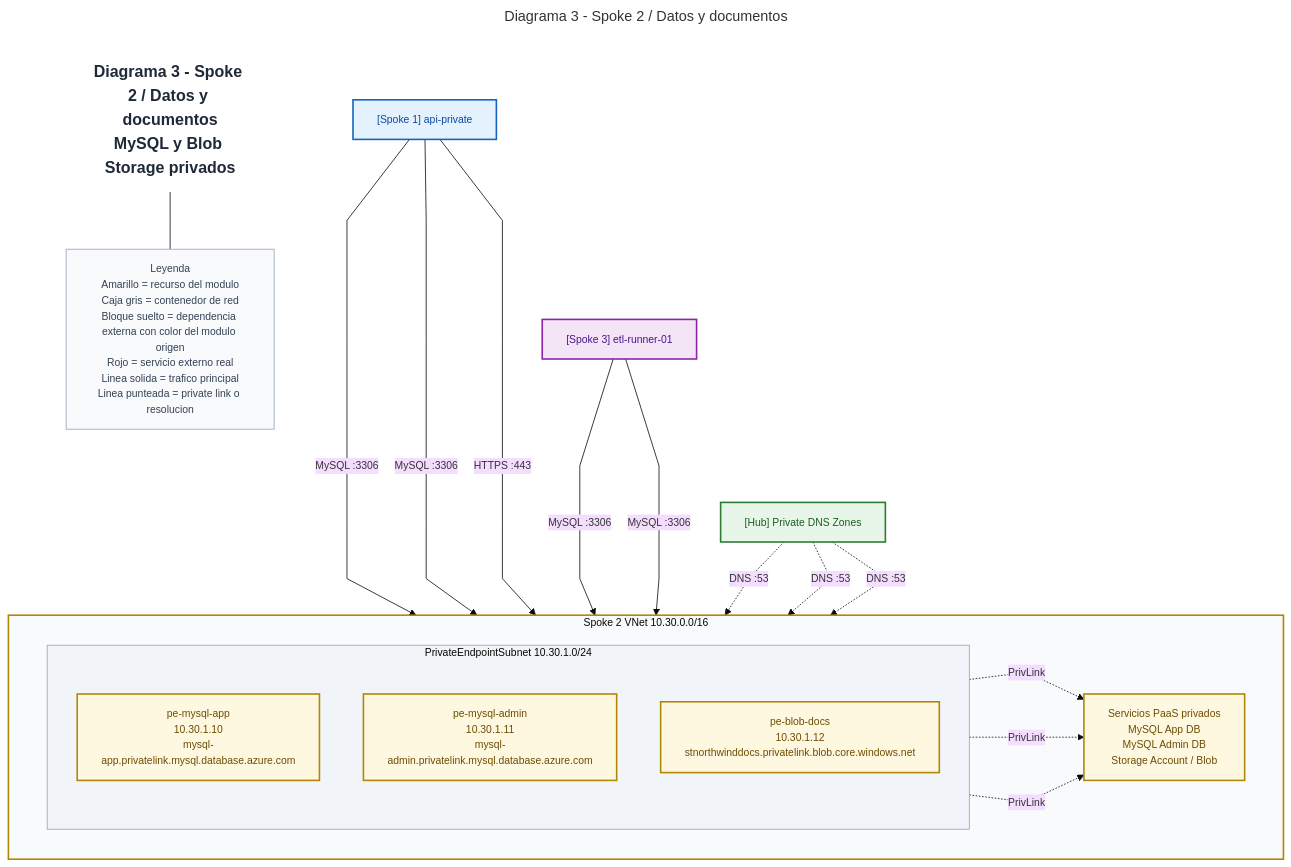
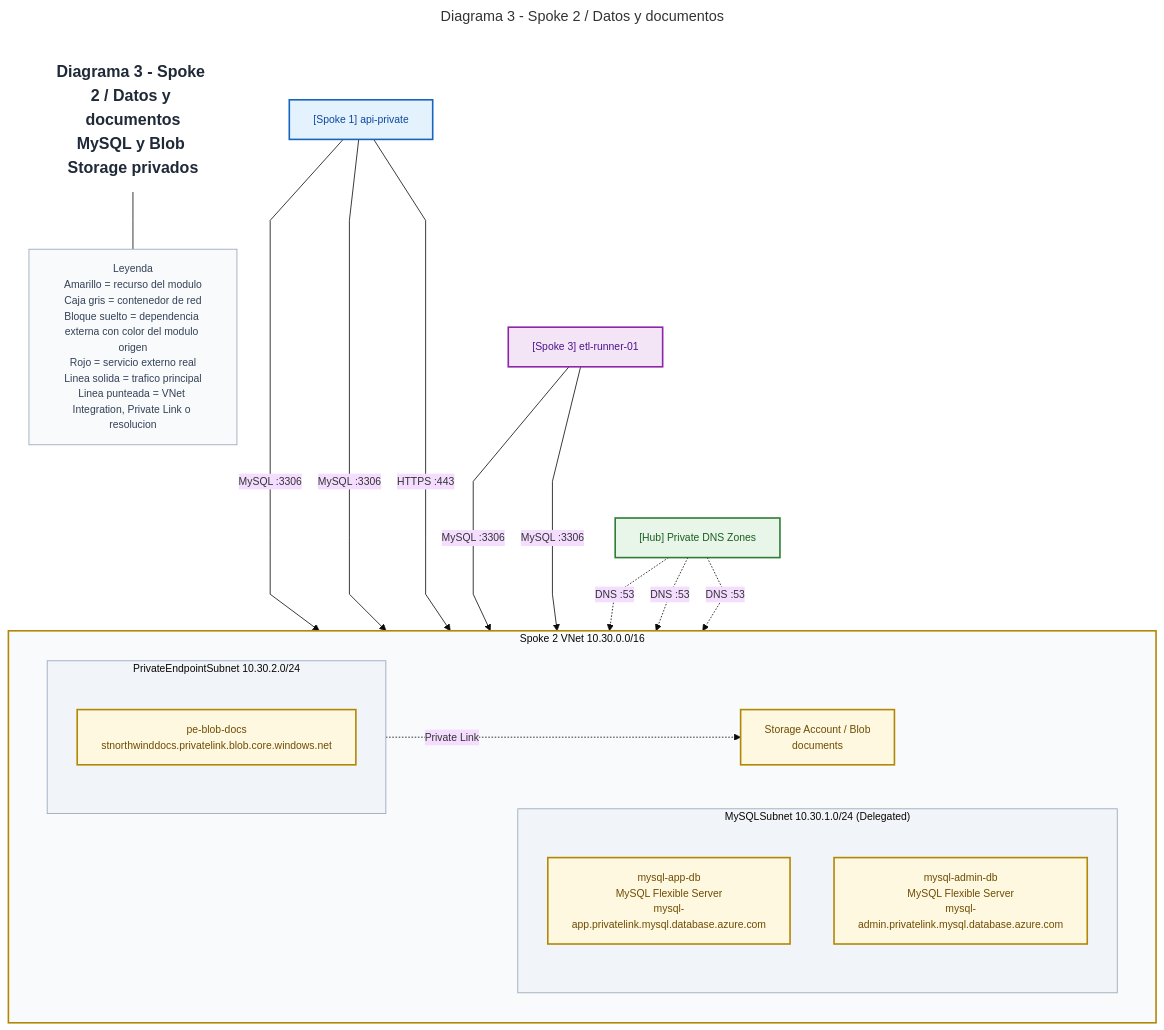
The diagram in docs/arquitectura/spoke2-datos-detalle.mmd (Eickyair/azure-hubspoke-private-intranet), drawn with Mermaid before and after one commit. The commit also changed 6 other files, not shown here.

Commit message:
docs: update architecture diagrams and component documentation to align with Terraform infrastructure

```diff
--- a/docs/arquitectura/spoke2-datos-detalle.mmd
+++ b/docs/arquitectura/spoke2-datos-detalle.mmd
@@ -1,50 +1,53 @@
 ---
 title: Diagrama 3 - Spoke 2 / Datos y documentos
 ---
 %%{init: {"theme": "base", "flowchart": {"curve": "linear", "nodeSpacing": 55, "rankSpacing": 72}, "themeVariables": {"fontFamily": "Trebuchet MS", "fontSize": "13px"}} }%%
 flowchart TB
     title["Diagrama 3 - Spoke 2 / Datos y documentos<br/>MySQL y Blob Storage privados"]:::title
-    legend["Leyenda<br/>Amarillo = recurso del modulo<br/>Caja gris = contenedor de red<br/>Bloque suelto = dependencia externa con color del modulo origen<br/>Rojo = servicio externo real<br/>Linea solida = trafico principal<br/>Linea punteada = private link o resolucion"]:::legend
+    legend["Leyenda<br/>Amarillo = recurso del modulo<br/>Caja gris = contenedor de red<br/>Bloque suelto = dependencia externa con color del modulo origen<br/>Rojo = servicio externo real<br/>Linea solida = trafico principal<br/>Linea punteada = VNet Integration, Private Link o resolucion"]:::legend
     title --- legend
 
     subgraph spoke2["Spoke 2 VNet 10.30.0.0/16"]
         direction LR
-        subgraph pesubnet["PrivateEndpointSubnet 10.30.1.0/24"]
+        subgraph mysqlsubnet["MySQLSubnet 10.30.1.0/24 (Delegated)"]
             direction TB
-            pemysqlapp["pe-mysql-app<br/>10.30.1.10<br/>mysql-app.privatelink.mysql.database.azure.com"]:::data
-            pemysqladmin["pe-mysql-admin<br/>10.30.1.11<br/>mysql-admin.privatelink.mysql.database.azure.com"]:::data
-            peblob["pe-blob-docs<br/>10.30.1.12<br/>stnorthwinddocs.privatelink.blob.core.windows.net"]:::data
+            mysql_app["mysql-app-db<br/>MySQL Flexible Server<br/>mysql-app.privatelink.mysql.database.azure.com"]:::data
+            mysql_admin["mysql-admin-db<br/>MySQL Flexible Server<br/>mysql-admin.privatelink.mysql.database.azure.com"]:::data
         end
 
-        dataservices["Servicios PaaS privados<br/>MySQL App DB<br/>MySQL Admin DB<br/>Storage Account / Blob"]:::data
+        subgraph pesubnet["PrivateEndpointSubnet 10.30.2.0/24"]
+            direction TB
+            peblob["pe-blob-docs<br/>stnorthwinddocs.privatelink.blob.core.windows.net"]:::data
+        end
+
+        blobdocs["Storage Account / Blob<br/>documents"]:::data
     end
 
     api["[Spoke 1] api-private"]:::app
     etl["[Spoke 3] etl-runner-01"]:::analytics
     dns["[Hub] Private DNS Zones"]:::hub
 
-    api -->|"MySQL :3306"| pemysqlapp
-    api -->|"MySQL :3306"| pemysqladmin
+    api -->|"MySQL :3306"| mysql_app
+    api -->|"MySQL :3306"| mysql_admin
     api -->|"HTTPS :443"| peblob
-    etl -->|"MySQL :3306"| pemysqlapp
-    etl -->|"MySQL :3306"| pemysqladmin
-    pemysqlapp -.->|"PrivLink"| dataservices
-    pemysqladmin -.->|"PrivLink"| dataservices
-    peblob -.->|"PrivLink"| dataservices
-    dns -.->|"DNS :53"| pemysqlapp
-    dns -.->|"DNS :53"| pemysqladmin
+    etl -->|"MySQL :3306"| mysql_app
+    etl -->|"MySQL :3306"| mysql_admin
+    peblob -.->|"Private Link"| blobdocs
+    dns -.->|"DNS :53"| mysql_app
+    dns -.->|"DNS :53"| mysql_admin
     dns -.->|"DNS :53"| peblob
 
     api ~~~ etl
     etl ~~~ dns
 
     style spoke2 fill:#f8fafc,stroke:#b28704,stroke-width:2px;
+    style mysqlsubnet fill:#f1f5f9,stroke:#94a3b8,stroke-width:1px;
     style pesubnet fill:#f1f5f9,stroke:#94a3b8,stroke-width:1px;
 
     classDef title fill:#ffffff,stroke:#ffffff,color:#1f2937,font-size:20px,font-weight:bold;
     classDef legend fill:#f8fafc,stroke:#94a3b8,color:#334155;
     classDef hub fill:#e8f5e9,stroke:#2e7d32,color:#1b5e20,stroke-width:2px;
     classDef app fill:#e3f2fd,stroke:#1565c0,color:#0d47a1,stroke-width:2px;
     classDef data fill:#fff8e1,stroke:#b28704,color:#6d4c00,stroke-width:2px;
     classDef analytics fill:#f3e5f5,stroke:#8e24aa,color:#4a148c,stroke-width:2px;
     classDef external fill:#ffebee,stroke:#c62828,color:#7f1d1d,stroke-width:2px;
```
